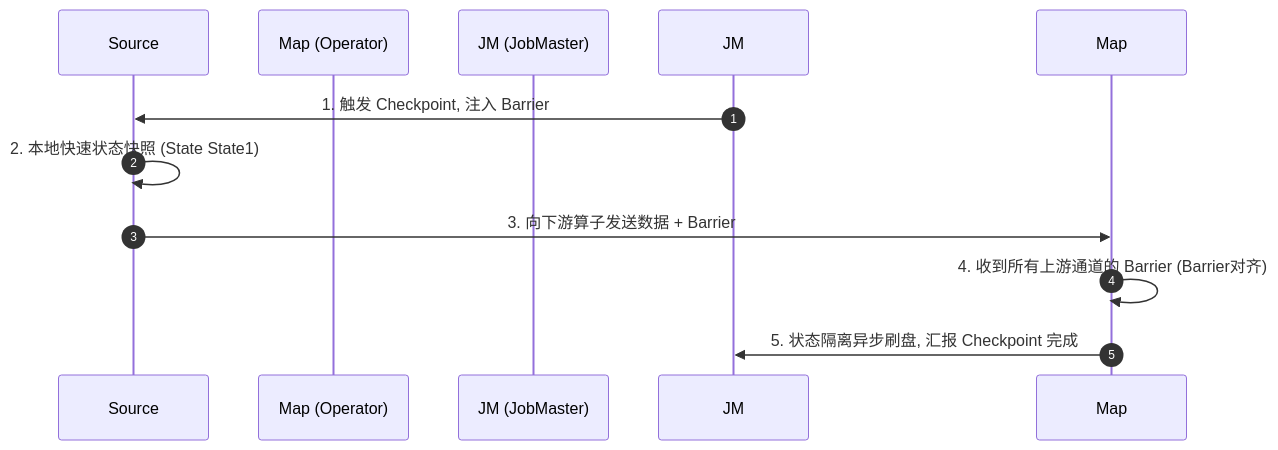
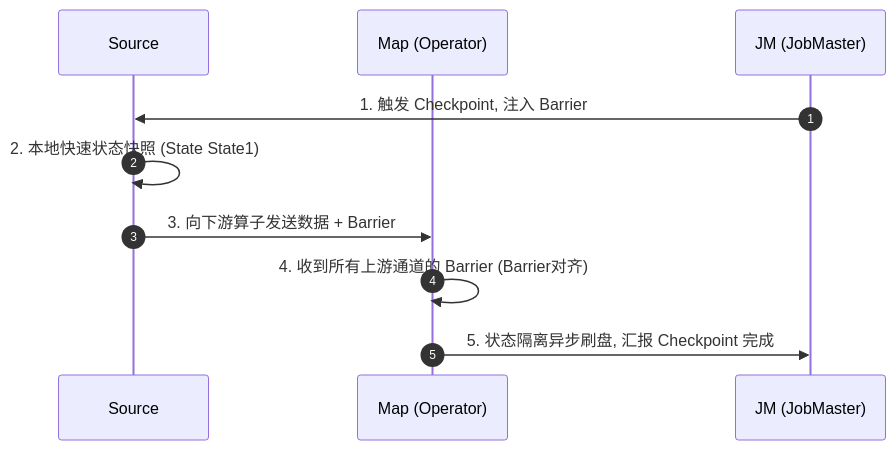
One commit to Aiden-Coding/AiDocs changed the second of 3 diagrams in docs/distributed/flink/2-state-checkpoint.md. Above: the diagram before and after it, drawn with Mermaid. The commit also changed 6 other files, not shown here.

````diff
--- a/docs/distributed/flink/2-state-checkpoint.md
+++ b/docs/distributed/flink/2-state-checkpoint.md
@@ -51,13 +51,13 @@
 ```mermaid
 sequenceDiagram
     autonumber
     participant Source
-    participant Map (Operator)
-    participant JM (JobMaster)
+    participant Map as Map (Operator)
+    participant JM as JM (JobMaster)
 
     JM->>Source: 1. 触发 Checkpoint, 注入 Barrier
     Source->>Source: 2. 本地快速状态快照 (State State1)
     Source->>Map: 3. 向下游算子发送数据 + Barrier 
     Map->>Map: 4. 收到所有上游通道的 Barrier (Barrier对齐)
     Map->>JM: 5. 状态隔离异步刷盘, 汇报 Checkpoint 完成
 ```
````
